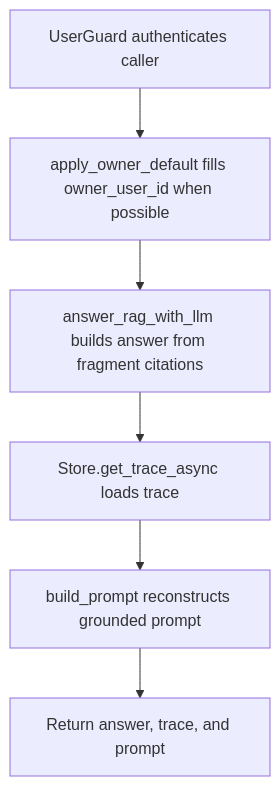
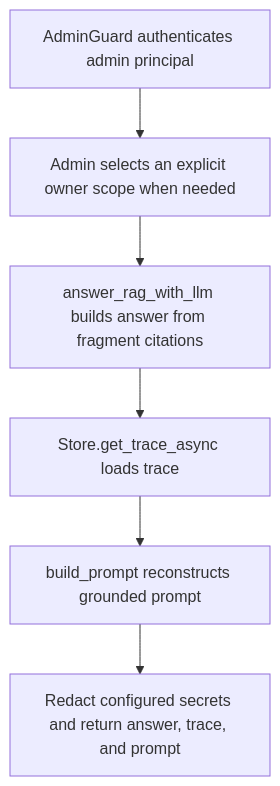
The diagram in doc/api/post_v1_rag_debug.md (dickwu/nowledge), drawn with Mermaid before and after one commit. The commit also changed other lines of this file and 46 other files, not shown here.

````diff
--- a/doc/api/post_v1_rag_debug.md
+++ b/doc/api/post_v1_rag_debug.md
@@ -46,14 +49,14 @@
 ```mermaid
 flowchart TD
-  n0["UserGuard authenticates caller"]
-  n1["apply_owner_default fills owner_user_id when possible"]
+  n0["AdminGuard authenticates admin principal"]
+  n1["Admin selects an explicit owner scope when needed"]
   n2["answer_rag_with_llm builds answer from fragment citations"]
   n3["Store.get_trace_async loads trace"]
   n4["build_prompt reconstructs grounded prompt"]
-  n5["Return answer, trace, and prompt"]
+  n5["Redact configured secrets and return answer, trace, and prompt"]
   n0 --> n1
   n1 --> n2
   n2 --> n3
   n3 --> n4
   n4 --> n5
 ```
````
